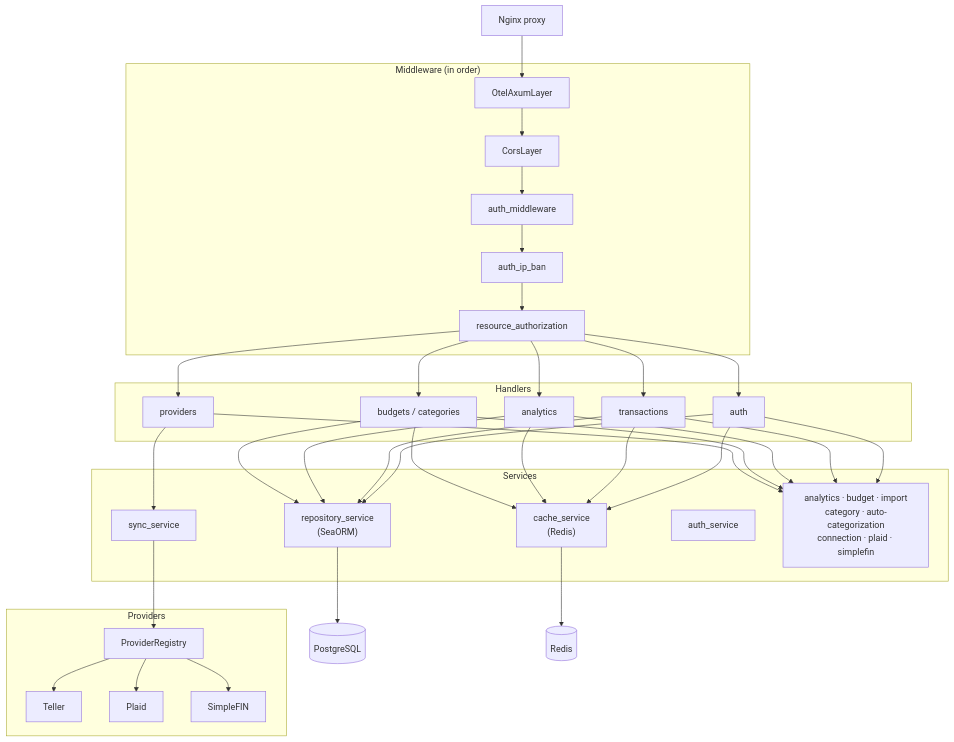
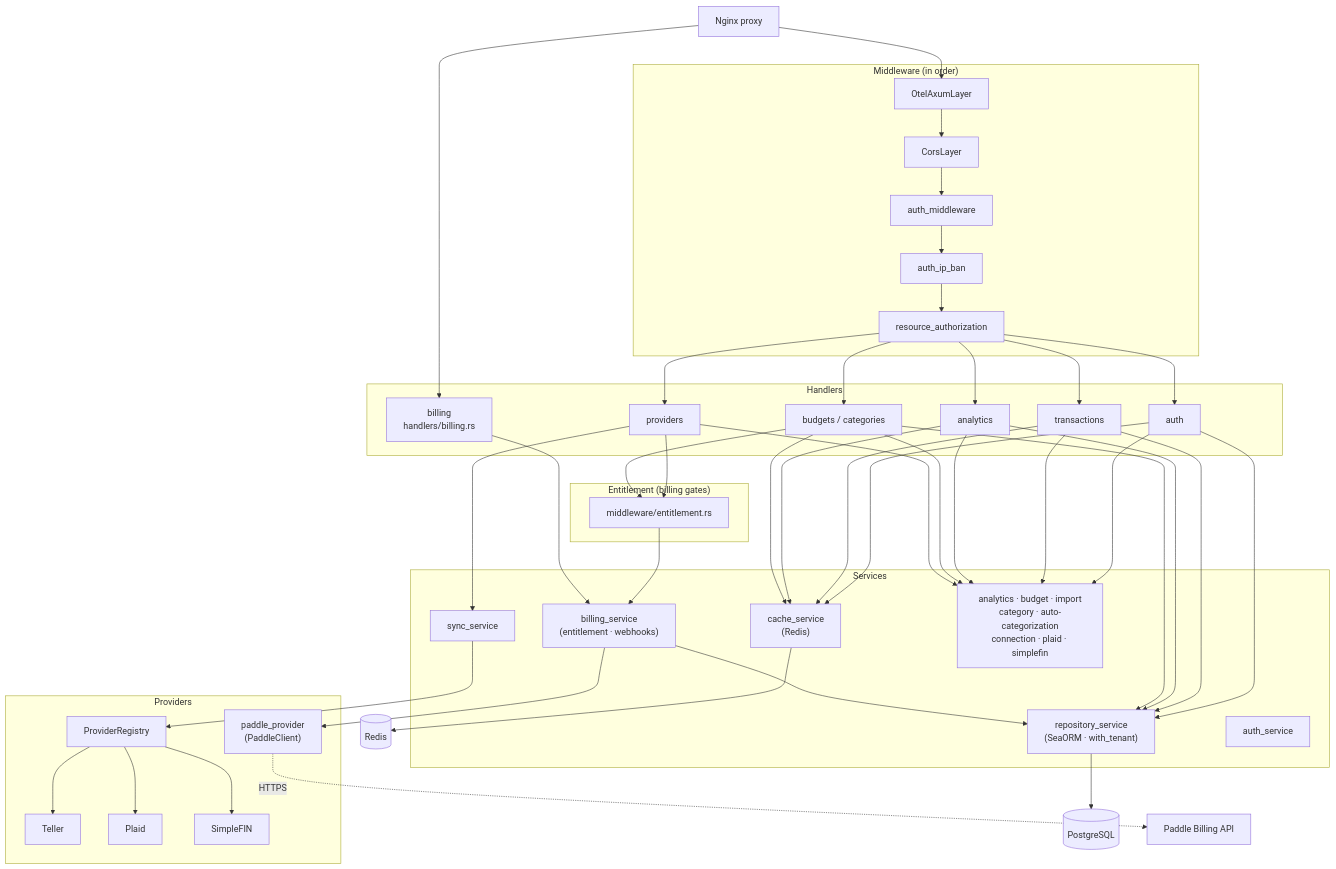
Before and after one commit to TwoBitFoundry/sumurai: the ninth of 11 diagrams in docs/ARCHITECTURE.md, drawn with Mermaid. The commit also changed other lines of this file and 53 other files, not shown here.

Commit message:
feat: production Paddle billing and entitlement gates (#176)

````diff
--- a/docs/ARCHITECTURE.md
+++ b/docs/ARCHITECTURE.md
@@ -227,44 +316,57 @@
 ```mermaid
 flowchart TD
     Nginx["Nginx proxy"]
 
     subgraph Middleware["Middleware (in order)"]
         MW1["OtelAxumLayer"]
         MW2["CorsLayer"]
         MW3["auth_middleware"]
         MW4["auth_ip_ban"]
         MW5["resource_authorization"]
     end
 
     subgraph Handlers
         H1["auth"]
         H2["transactions"]
         H3["providers"]
         H4["analytics"]
         H5["budgets / categories"]
+        H6["billing\nhandlers/billing.rs"]
+    end
+
+    subgraph MiddlewareExt["Entitlement (billing gates)"]
+        Entitlement["middleware/entitlement.rs"]
     end
 
     subgraph Services
-        RepoSvc["repository_service\n(SeaORM)"]
+        RepoSvc["repository_service\n(SeaORM · with_tenant)"]
         CacheSvc["cache_service\n(Redis)"]
         SyncSvc["sync_service"]
         AuthSvc["auth_service"]
+        BillingSvc["billing_service\n(entitlement · webhooks)"]
         OtherSvcs["analytics · budget · import\ncategory · auto-categorization\nconnection · plaid · simplefin"]
     end
 
     subgraph Providers
         Registry["ProviderRegistry"]
         P1["Teller"]
         P2["Plaid"]
         P3["SimpleFIN"]
+        Paddle["paddle_provider\n(PaddleClient)"]
     end
 
     Nginx --> MW1 --> MW2 --> MW3 --> MW4 --> MW5
     MW5 --> H1 & H2 & H3 & H4 & H5
+    Nginx --> H6
 
     H1 & H2 & H4 & H5 --> RepoSvc & CacheSvc & OtherSvcs
     H3 --> SyncSvc & OtherSvcs
+    H3 & H5 --> Entitlement
+    Entitlement --> BillingSvc
+    H6 --> BillingSvc
     SyncSvc --> Registry --> P1 & P2 & P3
+    BillingSvc --> RepoSvc & Paddle
     RepoSvc --> Postgres[("PostgreSQL")]
     CacheSvc --> Redis[("Redis")]
+    Paddle -.->|"HTTPS"| PaddleAPI["Paddle Billing API"]
 ```
````
